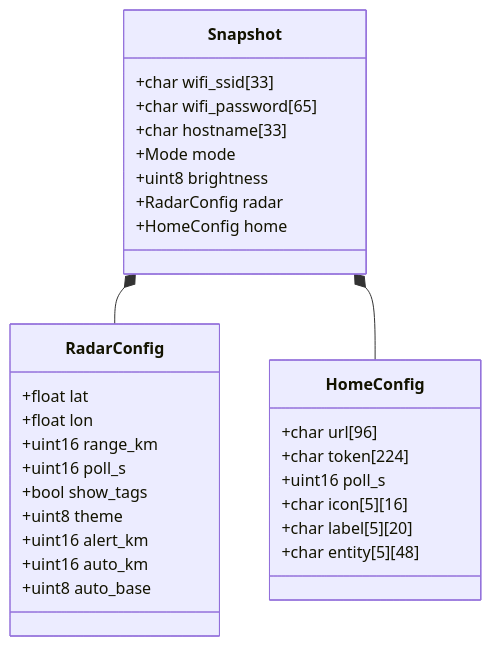
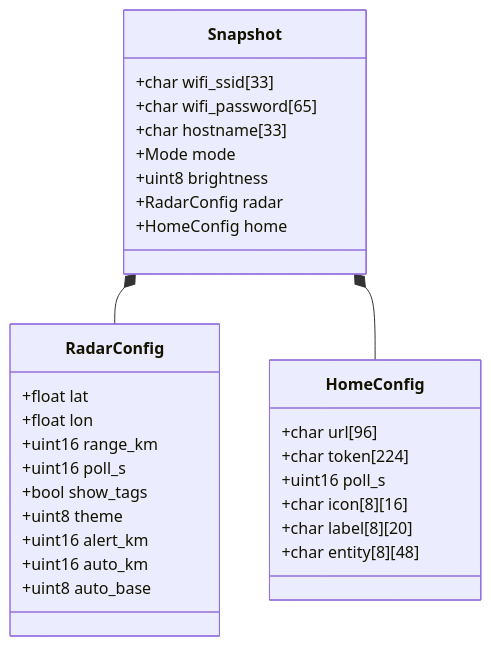
The third of 8 diagrams in ARCHITECTURE.md (Krasnov777/esp32-sky-gauge), drawn with Mermaid before and after one commit. The commit also changed other lines of this file and 5 other files, not shown here.

````diff
--- a/ARCHITECTURE.md
+++ b/ARCHITECTURE.md
@@ -197,33 +197,33 @@
 ```mermaid
 classDiagram
   class Snapshot {
     +char wifi_ssid[33]
     +char wifi_password[65]
     +char hostname[33]
     +Mode mode
     +uint8 brightness
     +RadarConfig radar
     +HomeConfig home
   }
   class RadarConfig {
     +float lat
     +float lon
     +uint16 range_km
     +uint16 poll_s
     +bool show_tags
     +uint8 theme
     +uint16 alert_km
     +uint16 auto_km
     +uint8 auto_base
   }
   class HomeConfig {
     +char url[96]
     +char token[224]
     +uint16 poll_s
-    +char icon[5][16]
-    +char label[5][20]
-    +char entity[5][48]
+    +char icon[8][16]
+    +char label[8][20]
+    +char entity[8][48]
   }
   Snapshot *-- RadarConfig
   Snapshot *-- HomeConfig
 ```
````
